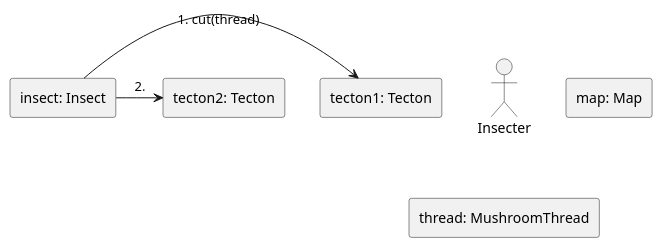
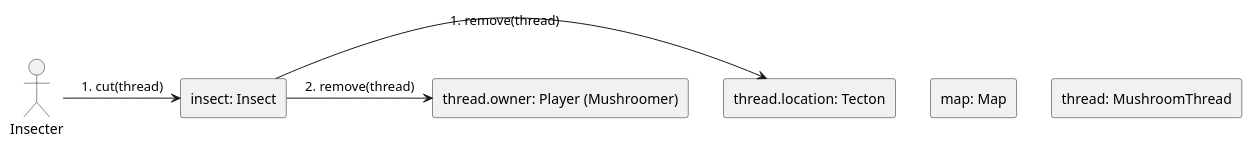
One commit to Petya-G/fungorium changed the diagram in 5/communication_diagrams/cut_with_insect.puml. Above: the diagram before and after it, drawn with PlantUML. The commit also changed other lines of this file, not shown here.

Commit message:
# cut with insect diagram fix

```diff
--- a/5/communication_diagrams/cut_with_insect.puml
+++ b/5/communication_diagrams/cut_with_insect.puml
@@ -2,13 +5,16 @@
 @startuml Cut with insect
 skinparam linestyle ortho
 actor Insecter 
 rectangle "map: Map" as 1
-rectangle "tecton1: Tecton" as 2.1
-rectangle "tecton2: Tecton" as 2.2
+rectangle "thread.location: Tecton" as 2.1
+rectangle "thread.owner: Player (Mushroomer)" as 2.2
+'rectangle "tecton2: Tecton" as 2.2
 rectangle "insect: Insect" as 3
 rectangle "thread: MushroomThread" as 4
 
-3 -right-> 2.1: 1. cut(thread)
-3 -right-> 2.2: 2. 
+3 -right-> 2.1: 1. remove(thread)
+3 -right-> 2.2: 2. remove(thread)
+
+Insecter -right-> 3: 1. cut(thread)
 
 @enduml
```
